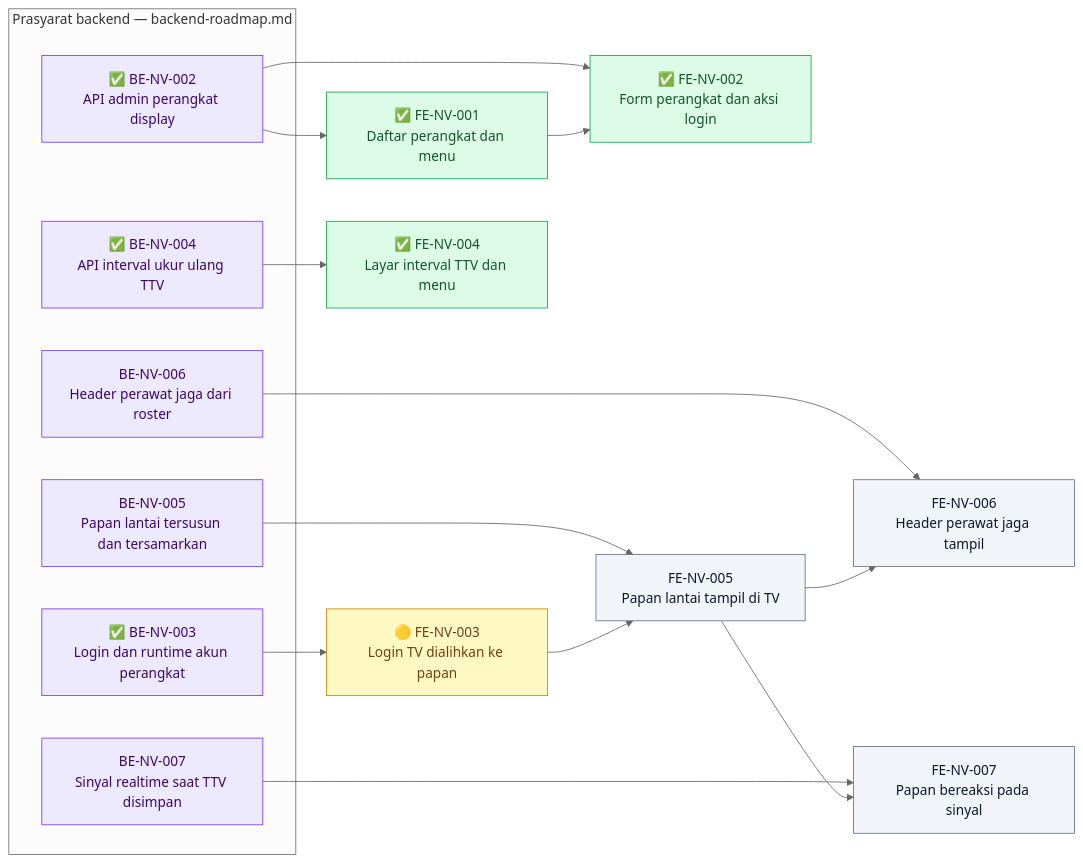
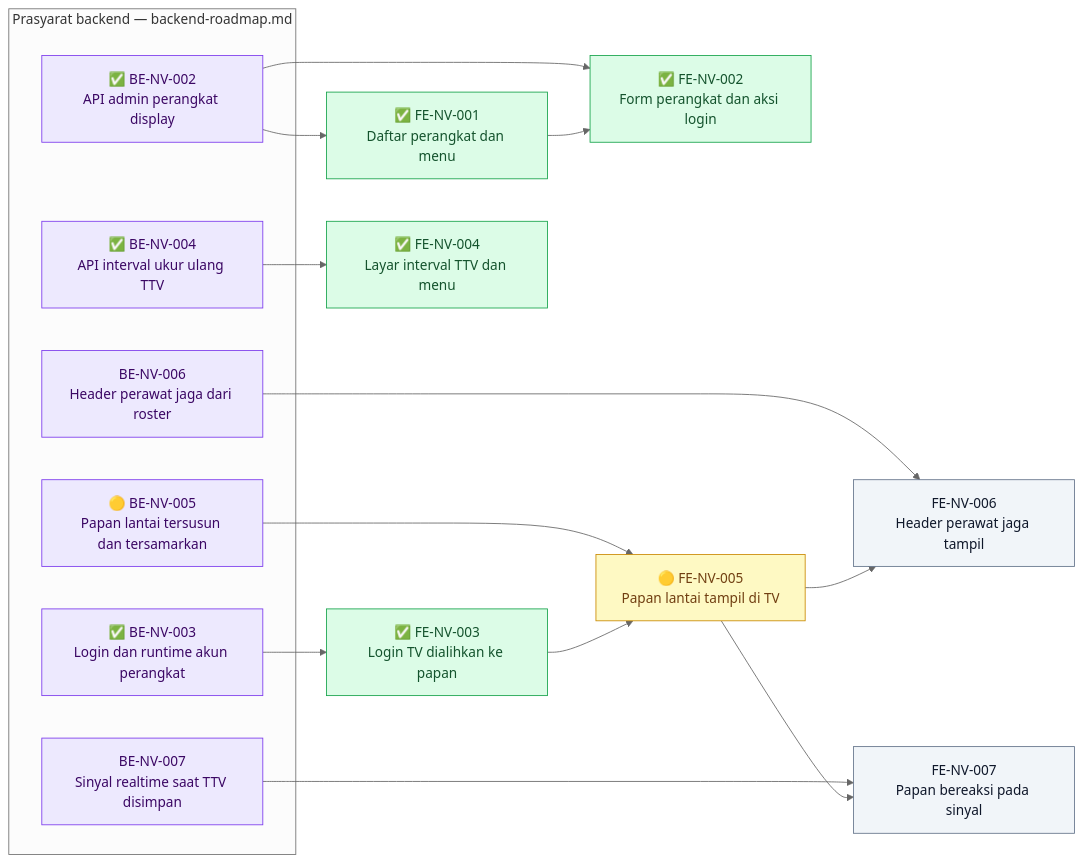
One commit to DevBenari/NewQuilvianSystemBackend changed the diagram in docs/module-blueprints/nurse-view/roadmap/frontend-roadmap.md. Above: the diagram before and after it, drawn with Mermaid (neutral theme). The commit also changed other lines of this file and 14 other files, not shown here.

````diff
--- a/docs/module-blueprints/nurse-view/roadmap/frontend-roadmap.md
+++ b/docs/module-blueprints/nurse-view/roadmap/frontend-roadmap.md
@@ -20,37 +20,37 @@
 ```mermaid
 flowchart LR
     classDef selesai fill:#DCFCE7,stroke:#16A34A,color:#14532D
     classDef sebagian fill:#FEF9C3,stroke:#CA8A04,color:#713F12
     classDef terblokir fill:#FEE2E2,stroke:#DC2626,color:#7F1D1D
     classDef belum fill:#F1F5F9,stroke:#64748B,color:#0F172A
     classDef luar fill:#EDE9FE,stroke:#7C3AED,color:#3B0764
 
     subgraph backend["Prasyarat backend — backend-roadmap.md"]
         BENV002["✅ BE-NV-002<br/>API admin perangkat display"]:::luar
         BENV003["✅ BE-NV-003<br/>Login dan runtime akun perangkat"]:::luar
         BENV004["✅ BE-NV-004<br/>API interval ukur ulang TTV"]:::luar
-        BENV005["BE-NV-005<br/>Papan lantai tersusun dan tersamarkan"]:::luar
+        BENV005["🟡 BE-NV-005<br/>Papan lantai tersusun dan tersamarkan"]:::luar
         BENV006["BE-NV-006<br/>Header perawat jaga dari roster"]:::luar
         BENV007["BE-NV-007<br/>Sinyal realtime saat TTV disimpan"]:::luar
     end
 
     FENV001["✅ FE-NV-001<br/>Daftar perangkat dan menu"]:::selesai
     FENV002["✅ FE-NV-002<br/>Form perangkat dan aksi login"]:::selesai
-    FENV003["🟡 FE-NV-003<br/>Login TV dialihkan ke papan"]:::sebagian
+    FENV003["✅ FE-NV-003<br/>Login TV dialihkan ke papan"]:::selesai
     FENV004["✅ FE-NV-004<br/>Layar interval TTV dan menu"]:::selesai
-    FENV005["FE-NV-005<br/>Papan lantai tampil di TV"]:::belum
+    FENV005["🟡 FE-NV-005<br/>Papan lantai tampil di TV"]:::sebagian
     FENV006["FE-NV-006<br/>Header perawat jaga tampil"]:::belum
     FENV007["FE-NV-007<br/>Papan bereaksi pada sinyal"]:::belum
 
     BENV002 --> FENV001
     BENV002 --> FENV002
     FENV001 --> FENV002
     BENV003 --> FENV003
     BENV004 --> FENV004
     BENV005 --> FENV005
     FENV003 --> FENV005
     BENV006 --> FENV006
     FENV005 --> FENV006
     BENV007 --> FENV007
     FENV005 --> FENV007
 ```
````
